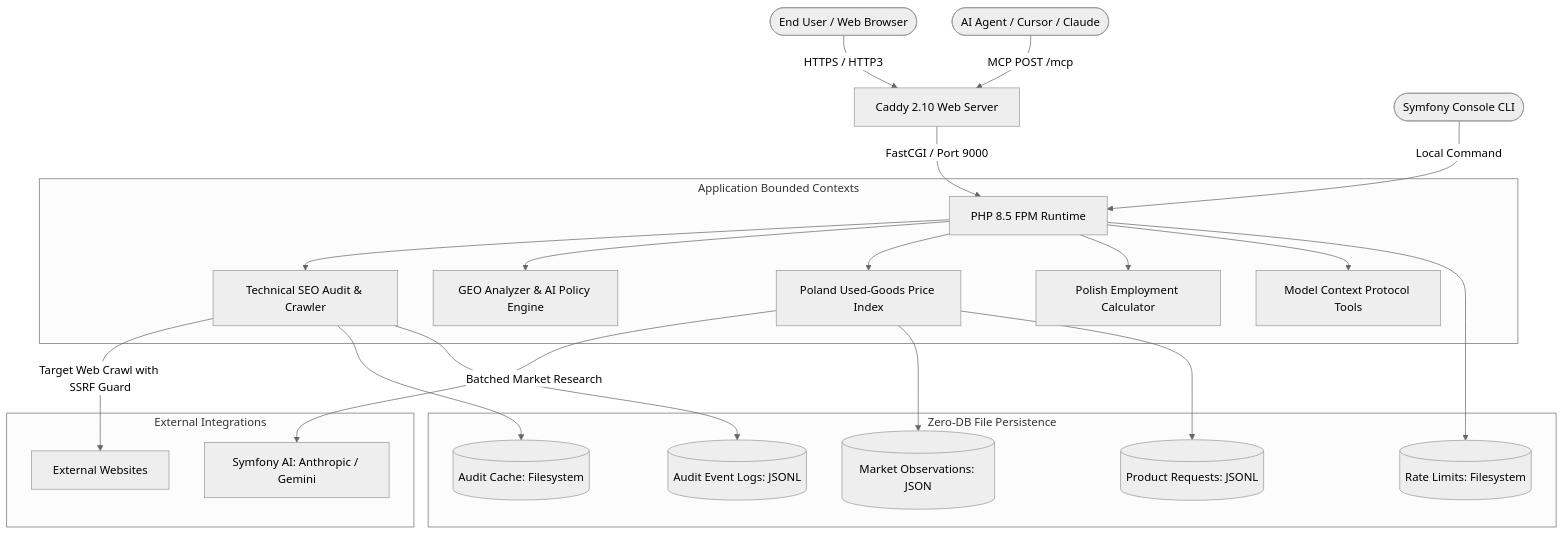
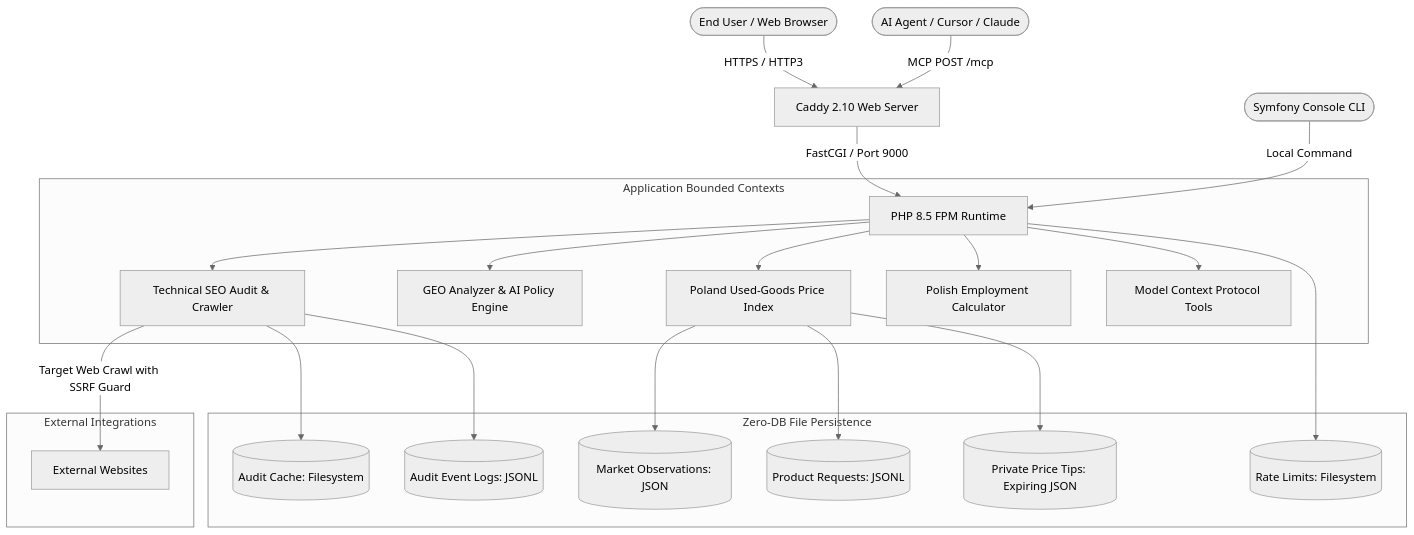
One commit to bahdanhal/landing changed the first of 3 diagrams in ARCHITECTURE.md. Above: the diagram before and after it, drawn with Mermaid (neutral theme). The commit also changed other lines of this file and 89 other files, not shown here.

````diff
--- a/ARCHITECTURE.md
+++ b/ARCHITECTURE.md
@@ -9,29 +9,29 @@
 ```mermaid
 graph TD
     User([End User / Web Browser]) -->|HTTPS / HTTP3| Caddy[Caddy 2.10 Web Server]
     Agent([AI Agent / Cursor / Claude]) -->|MCP POST /mcp| Caddy
     CLI([Symfony Console CLI]) -->|Local Command| PHP[PHP 8.5 FPM Runtime]
 
     Caddy -->|FastCGI / Port 9000| PHP
     
     subgraph "Application Bounded Contexts"
         PHP --> AuditContext[Technical SEO Audit & Crawler]
         PHP --> GeoContext[GEO Analyzer & AI Policy Engine]
         PHP --> MarketContext[Poland Used-Goods Price Index]
         PHP --> IncomeContext[Polish Employment Calculator]
         PHP --> McpContext[Model Context Protocol Tools]
     end
 
     subgraph "External Integrations"
         AuditContext -->|Target Web Crawl with SSRF Guard| InternetTarget[External Websites]
-        MarketContext -->|Batched Market Research| SymfonyAI[Symfony AI: Anthropic / Gemini]
     end
 
     subgraph "Zero-DB File Persistence"
         AuditContext --> AuditCache[(Audit Cache: Filesystem)]
         AuditContext --> AuditLogs[(Audit Event Logs: JSONL)]
         MarketContext --> MarketData[(Market Observations: JSON)]
         MarketContext --> ProductReqs[(Product Requests: JSONL)]
+        MarketContext --> PriceTips[(Private Price Tips: Expiring JSON)]
         PHP --> RateLimits[(Rate Limits: Filesystem)]
     end
 ```
````
